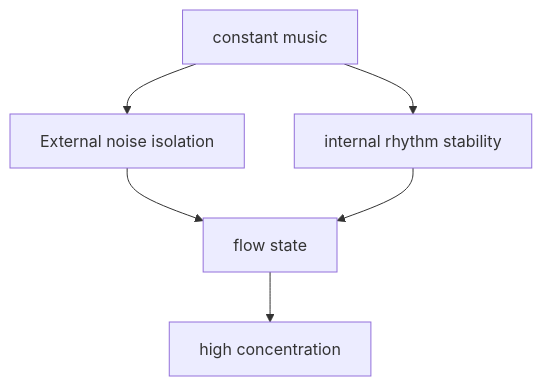
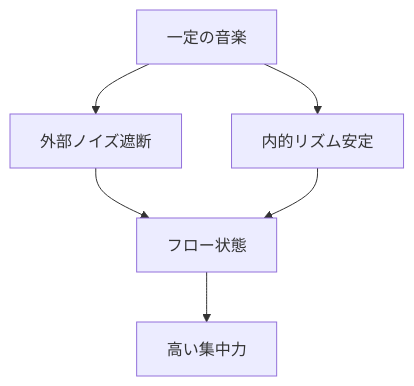
Before and after one commit to monumental-movement/monumental-movement.github.io: the sixth of 6 diagrams in en/_posts/2026-04-11-column-concentration-music-relation.md, drawn with Mermaid. The commit also changed other lines of this file and 2196 other files, not shown here.

```diff
--- a/en/_posts/2026-04-11-column-concentration-music-relation.md
+++ b/en/_posts/2026-04-11-column-concentration-music-relation.md
@@ -260,8 +260,8 @@
 <div class="mermaid">
 graph TD
-    SOUND[constant music] --> BLOCK[External noise isolation]
-    SOUND --> RHYTHM[internal rhythm stability]
-    BLOCK --> FLOW[flow state]
+    SOUND[一定の音楽] --> BLOCK[外部ノイズ遮断]
+    SOUND --> RHYTHM[内的リズム安定]
+    BLOCK --> FLOW[フロー状態]
     RHYTHM --> FLOW
-    FLOW --> OUTPUT[high concentration]
+    FLOW --> OUTPUT[高い集中力]
 </div>
```
